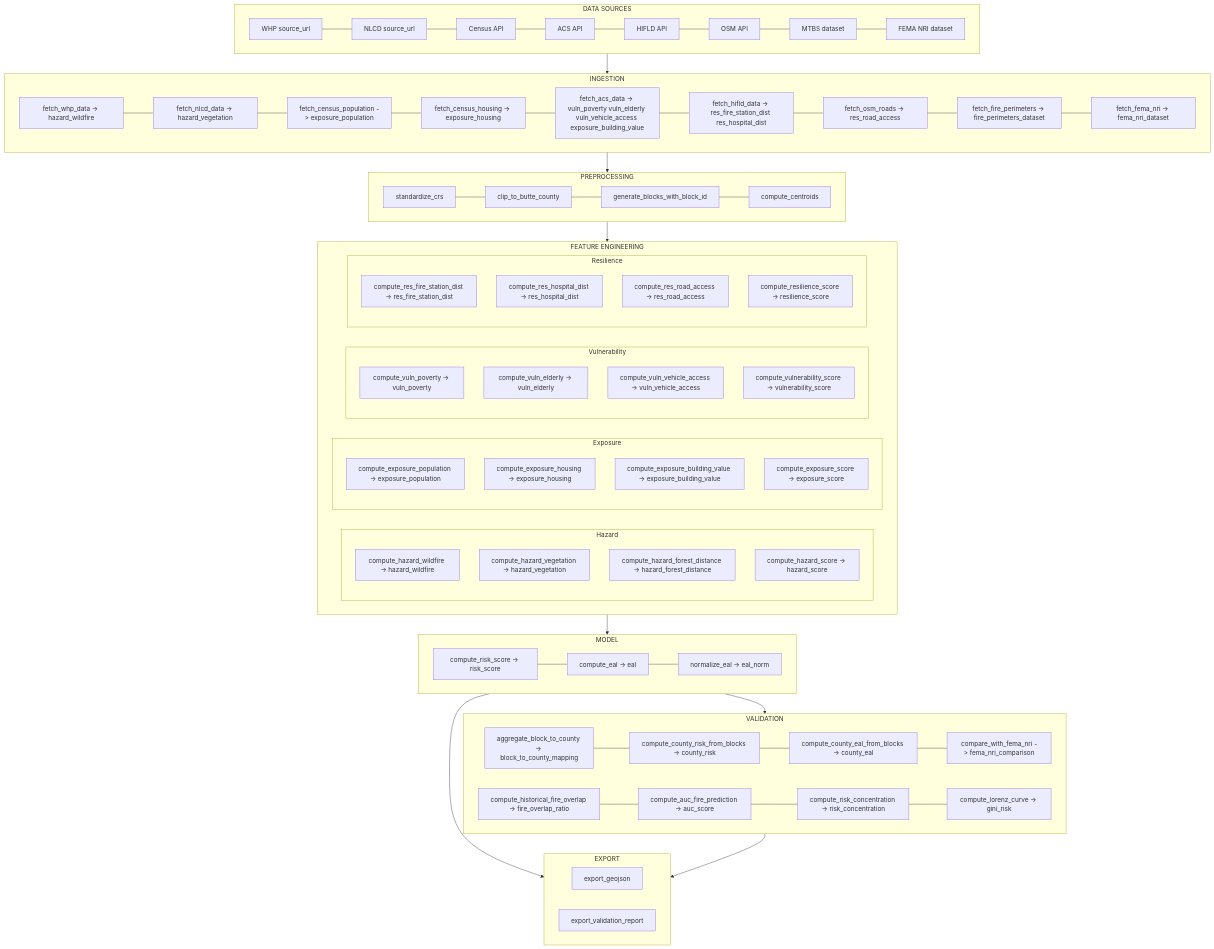
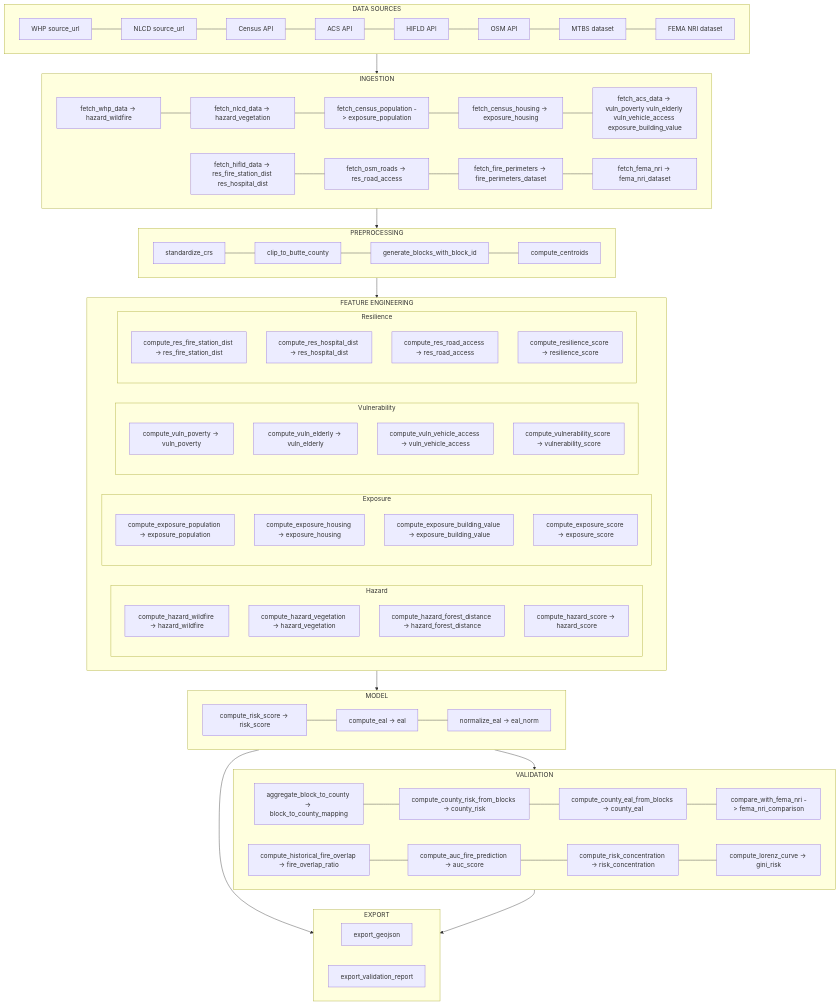
One commit to psingh449/wildfire-risk-mapping changed the diagram in calculations_diagram_dev.mmd. Above: the diagram before and after it, drawn with Mermaid. The commit also changed 1 other file, not shown here.

```diff
--- a/calculations_diagram_dev.mmd
+++ b/calculations_diagram_dev.mmd
@@ -1,97 +1,97 @@
 flowchart TD
 
 subgraph DS[DATA SOURCES]
     direction LR
     A[WHP source_url] --- B[NLCD source_url] --- C[Census API] ---
     D[ACS API] ---
     E[HIFLD API] ---
     F[OSM API] ---
     G[MTBS dataset] ---
     H[FEMA NRI dataset] 
 end
 
 subgraph ING[INGESTION]
     I1[fetch_whp_data -> hazard_wildfire] ---
     I2[fetch_nlcd_data -> hazard_vegetation] ---
     I3[fetch_census_population -> exposure_population] ---
     I4[fetch_census_housing -> exposure_housing] ---
-    I5[fetch_acs_data -> vuln_poverty vuln_elderly vuln_vehicle_access exposure_building_value] ---
+    I5[fetch_acs_data -> vuln_poverty vuln_elderly vuln_vehicle_access exposure_building_value] 
     I6[fetch_hifld_data -> res_fire_station_dist res_hospital_dist] ---
     I7[fetch_osm_roads -> res_road_access] ---
     I8[fetch_fire_perimeters -> fire_perimeters_dataset] ---
     I9[fetch_fema_nri -> fema_nri_dataset]
 end
 
 DS --> ING
 
 subgraph PRE[PREPROCESSING]
     J1[standardize_crs] ---
     J2[clip_to_butte_county] ---
     J3[generate_blocks_with_block_id] ---
     J4[compute_centroids]
 end
 
 ING --> PRE
 
 subgraph FE[FEATURE ENGINEERING]
 
     subgraph HZ[Hazard]
         H1[compute_hazard_wildfire -> hazard_wildfire]
         H2[compute_hazard_vegetation -> hazard_vegetation]
         H3[compute_hazard_forest_distance -> hazard_forest_distance]
         H4[compute_hazard_score -> hazard_score]
     end
 
     subgraph EX[Exposure]
         E1[compute_exposure_population -> exposure_population]
         E2[compute_exposure_housing -> exposure_housing]
         E3[compute_exposure_building_value -> exposure_building_value]
         E4[compute_exposure_score -> exposure_score]
     end
 
     subgraph VL[Vulnerability]
         V1[compute_vuln_poverty -> vuln_poverty]
         V2[compute_vuln_elderly -> vuln_elderly]
         V3[compute_vuln_vehicle_access -> vuln_vehicle_access]
         V4[compute_vulnerability_score -> vulnerability_score]
     end
 
     subgraph RS[Resilience]
         R1[compute_res_fire_station_dist -> res_fire_station_dist]
         R2[compute_res_hospital_dist -> res_hospital_dist]
         R3[compute_res_road_access -> res_road_access]
         R4[compute_resilience_score -> resilience_score]
     end
 
 end
 
 PRE --> FE
 
 subgraph MODEL[MODEL]
     M1[compute_risk_score -> risk_score] ---
     M2[compute_eal -> eal] ---
     M3[normalize_eal -> eal_norm]
 end
 
 FE --> MODEL
 
 subgraph VAL[VALIDATION]
     VLD1[aggregate_block_to_county -> block_to_county_mapping] ---
     VLD2[compute_county_risk_from_blocks -> county_risk] ---
     VLD3[compute_county_eal_from_blocks -> county_eal] ---
     VLD4[compare_with_fema_nri -> fema_nri_comparison] 
     VLD5[compute_historical_fire_overlap -> fire_overlap_ratio] ---
     VLD6[compute_auc_fire_prediction -> auc_score] ---
     VLD7[compute_risk_concentration -> risk_concentration] ---
     VLD8[compute_lorenz_curve -> gini_risk]
 end
 
 MODEL --> VAL
 
 subgraph EXP[EXPORT]
     X1[export_geojson]
     X2[export_validation_report]
 end
 
 MODEL --> EXP
 VAL --> EXP
```
